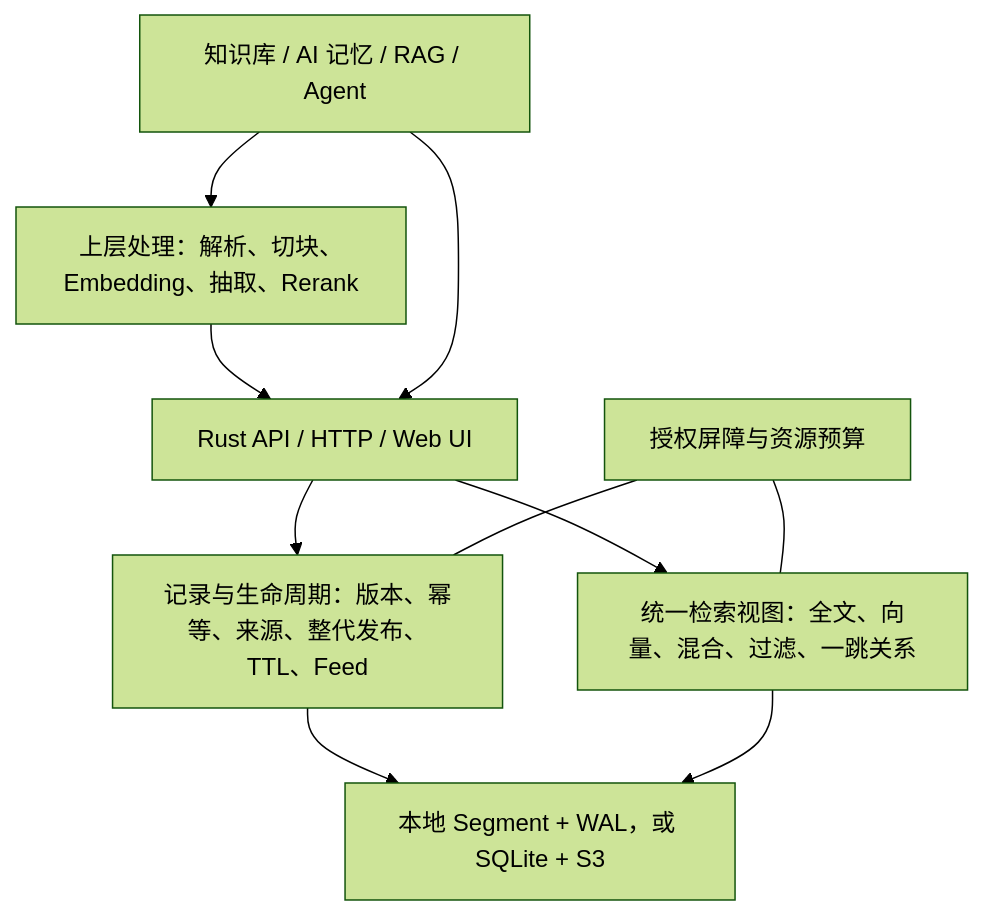
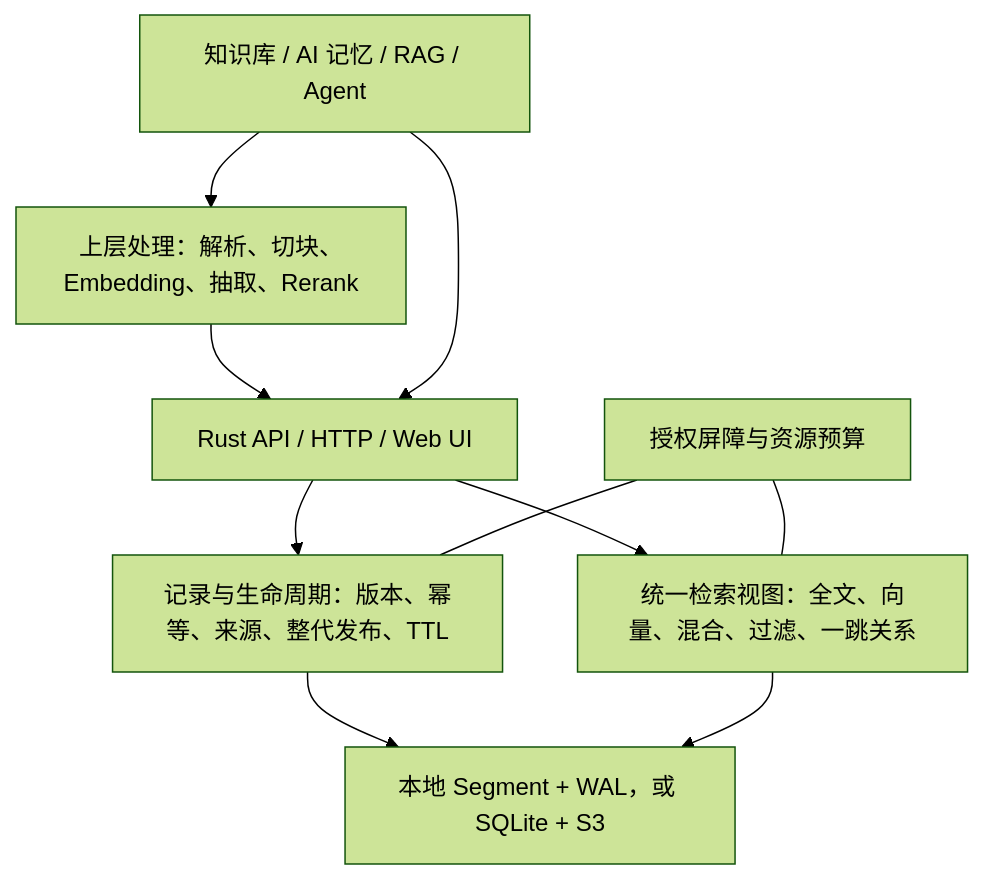
One commit to TheLudlows/anyseek changed the diagram in docs/project-overview.md. Above: the diagram before and after it, drawn with Mermaid (forest theme). The commit also changed other lines of this file and 53 other files, not shown here.

````diff
--- a/docs/project-overview.md
+++ b/docs/project-overview.md
@@ -11,18 +11,18 @@
 ```mermaid
 flowchart TB
     App["知识库 / AI 记忆 / RAG / Agent"]
     Pipeline["上层处理：解析、切块、Embedding、抽取、Rerank"]
     API["Rust API / HTTP / Web UI"]
-    Record["记录与生命周期：版本、幂等、来源、整代发布、TTL、Feed"]
+    Record["记录与生命周期：版本、幂等、来源、整代发布、TTL"]
     Query["统一检索视图：全文、向量、混合、过滤、一跳关系"]
     Control["授权屏障与资源预算"]
     Storage["本地 Segment + WAL，或 SQLite + S3"]
     App --> Pipeline --> API
     App --> API
     API --> Record
     API --> Query
     Control --- Record
     Control --- Query
     Record --> Storage
     Query --> Storage
 ```
````
